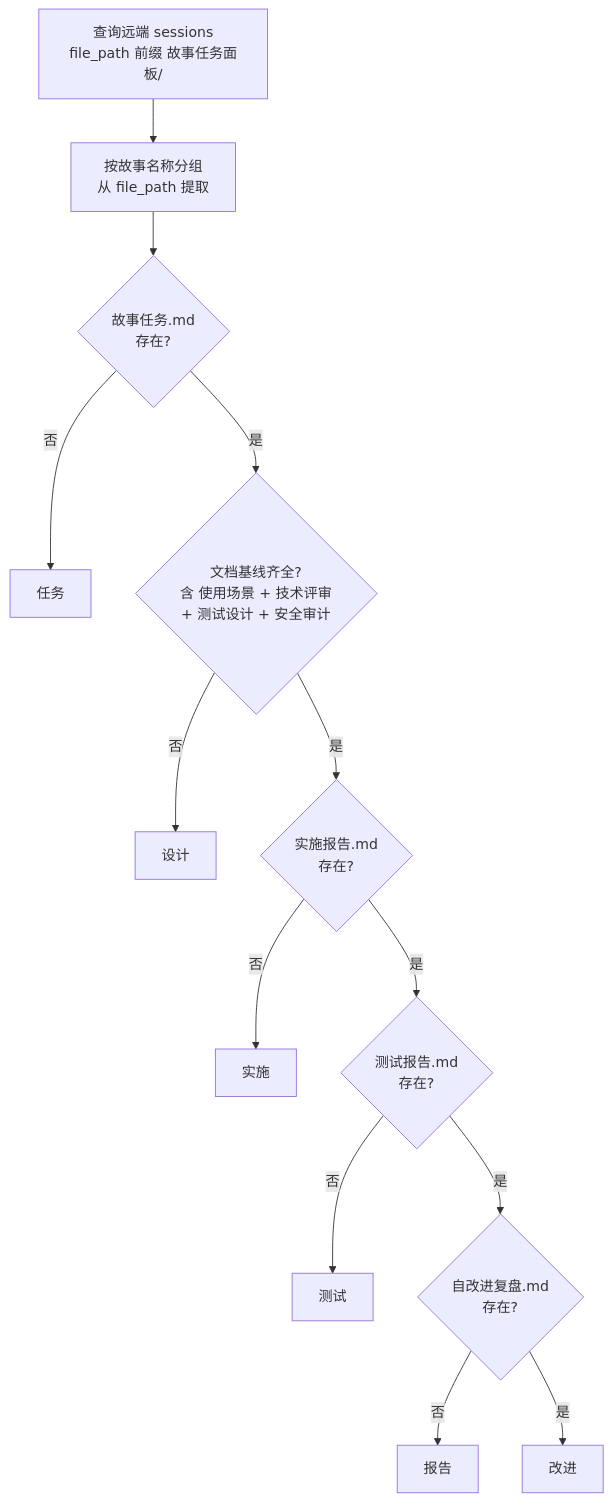
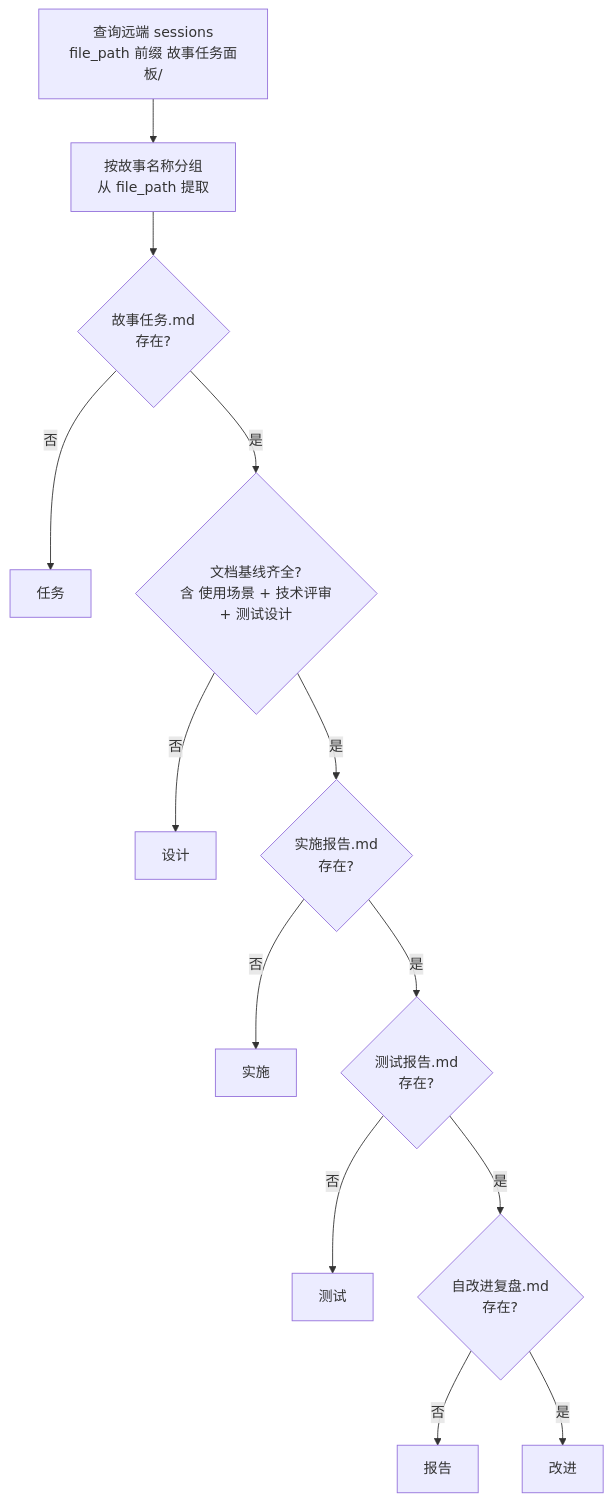
The fourth of 12 diagrams in skills/rui-story/SKILL.md (effiy/YrY), drawn with Mermaid before and after one commit. The commit also changed other lines of this file and 91 other files, not shown here.

````diff
--- a/skills/rui-story/SKILL.md
+++ b/skills/rui-story/SKILL.md
@@ -99,16 +99,16 @@
 ```mermaid
 flowchart TD
     START["查询远端 sessions<br/>file_path 前缀 故事任务面板/"]:::s --> GROUP["按故事名称分组<br/>从 file_path 提取"]:::s
     GROUP --> CHK01{"故事任务.md<br/>存在?"}
     CHK01 -->|"否"| NS["任务"]:::s0
-    CHK01 -->|"是"| CHKDOC{"文档基线齐全?<br/>含 使用场景 + 技术评审<br/>+ 测试设计 + 安全审计"}
+    CHK01 -->|"是"| CHKDOC{"文档基线齐全?<br/>含 使用场景 + 技术评审<br/>+ 测试设计"}
     CHKDOC -->|"否"| DIP["设计"]:::s1
     CHKDOC -->|"是"| CHKIMP{"实施报告.md<br/>存在?"}
     CHKIMP -->|"否"| IMP["实施"]:::s2
     CHKIMP -->|"是"| CHKVER{"测试报告.md<br/>存在?"}
     CHKVER -->|"否"| TST["测试"]:::s3
     CHKVER -->|"是"| CHKRET{"自改进复盘.md<br/>存在?"}
     CHKRET -->|"否"| RPT["报告"]:::s4
     CHKRET -->|"是"| IMPV["改进"]:::s5
 
 ```
````
